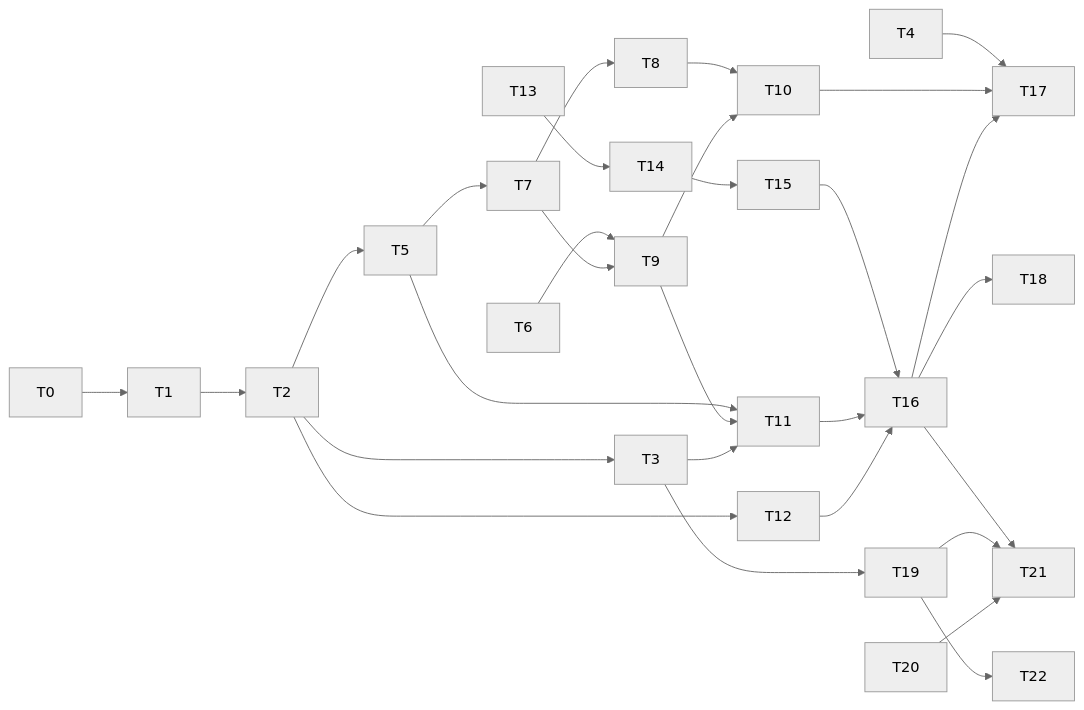
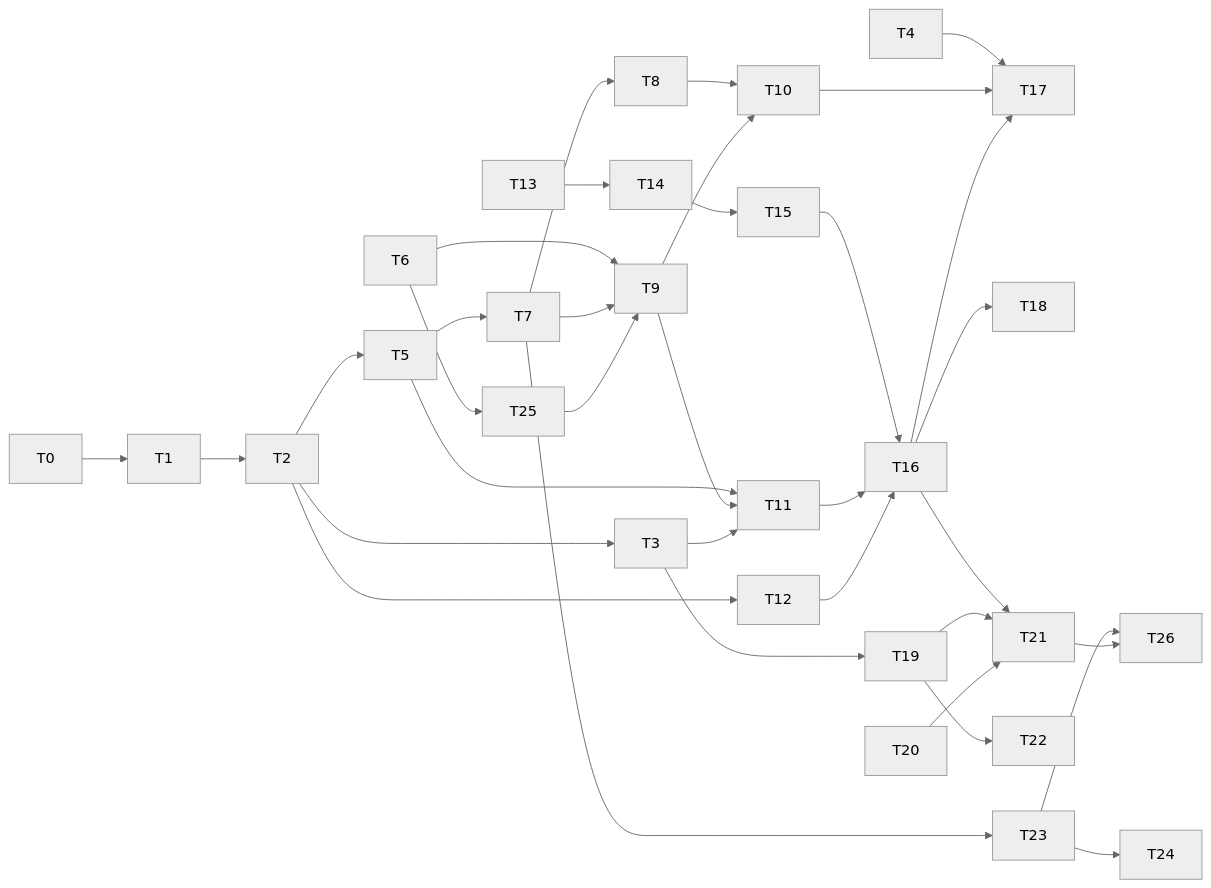
Before and after one commit to ewe-studios/ewe_platform: the sixth of 6 diagrams in specifications/65-agent-rpc-serving-system/features/07-pluggable-agent-rpc/feature.md, drawn with Mermaid (neutral theme). The commit also changed other lines of this file and 6 other files, not shown here.

````diff
--- a/specifications/65-agent-rpc-serving-system/features/07-pluggable-agent-rpc/feature.md
+++ b/specifications/65-agent-rpc-serving-system/features/07-pluggable-agent-rpc/feature.md
@@ -494,27 +500,32 @@
 ```mermaid
 flowchart LR
     T0 --> T1 --> T2
     T2 --> T3
     T2 --> T5
     T5 --> T7 --> T8
     T6 --> T9
     T7 --> T9
     T8 --> T10
     T9 --> T10
     T5 --> T11
     T9 --> T11
     T3 --> T11
     T2 --> T12
     T13 --> T14 --> T15 --> T16
     T11 --> T16
     T12 --> T16
     T4 --> T17
     T10 --> T17
     T16 --> T17
     T16 --> T18
     T3 --> T19
     T16 --> T21
     T19 --> T21
     T20 --> T21
     T19 --> T22
+    T7 --> T23 --> T24
+    T6 --> T25
+    T25 --> T9
+    T23 --> T26
+    T21 --> T26
 ```
````
